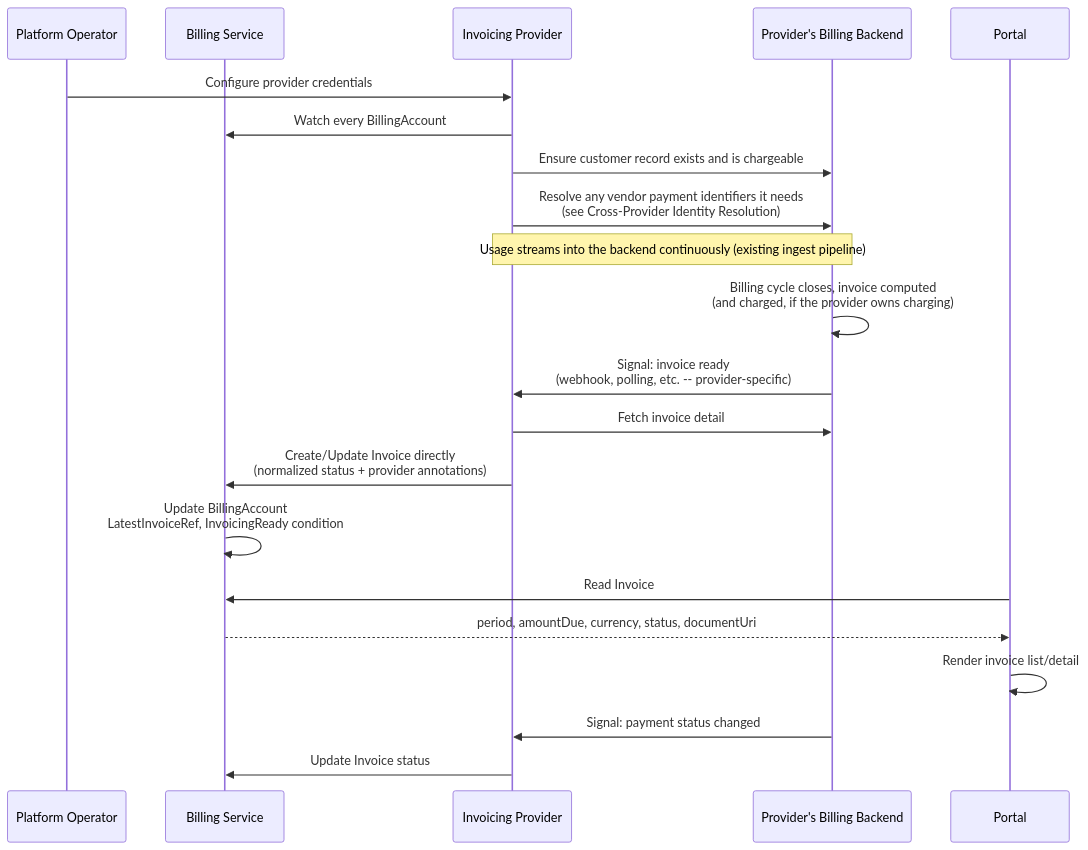
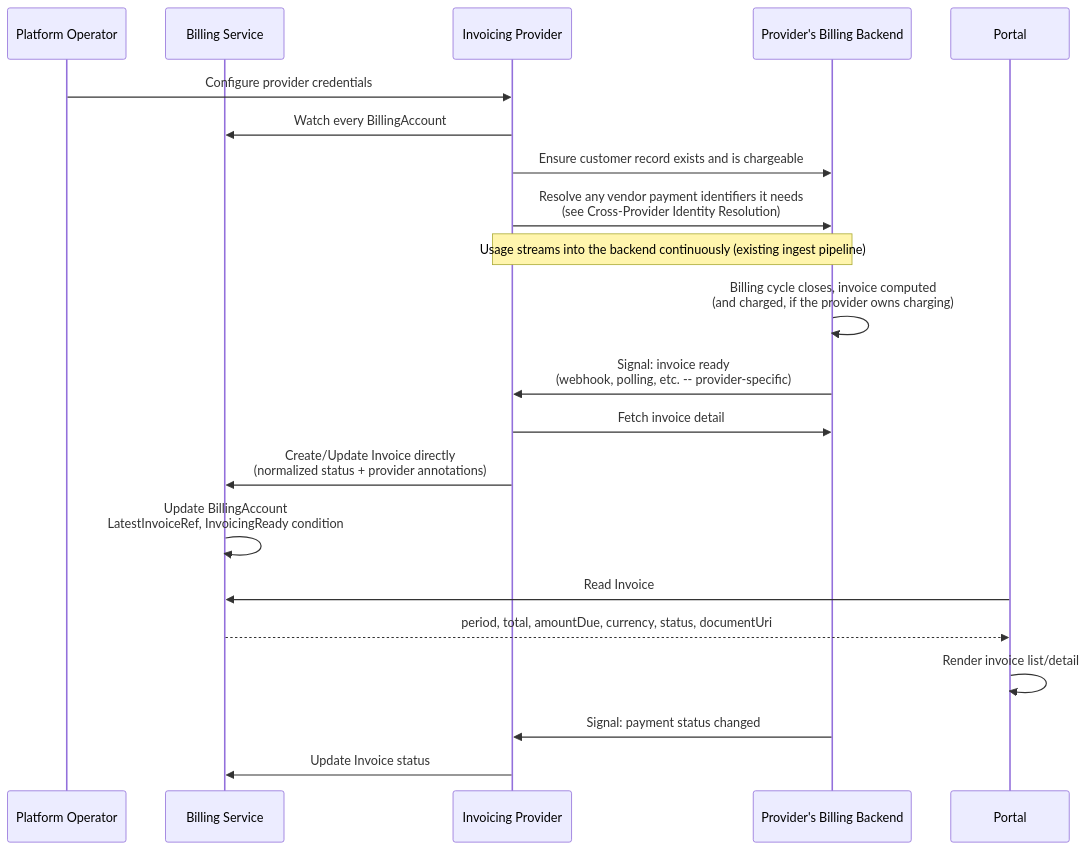
Before and after one commit to milo-os/billing: the diagram in docs/enhancements/invoicing.md, drawn with Mermaid. The commit also changed other lines of this file, not shown here.

Commit message:
docs: split Invoice status into total/amountPaid/amountDue instead of one overloaded amountDue field

````diff
--- a/docs/enhancements/invoicing.md
+++ b/docs/enhancements/invoicing.md
@@ -112,29 +112,29 @@
 ```mermaid
 sequenceDiagram
     participant Ops as Platform Operator
     participant BillingSvc as Billing Service
     participant Provider as Invoicing Provider
     participant Backend as Provider's Billing Backend
     participant Portal
 
     Ops->>Provider: Configure provider credentials
 
     Provider->>BillingSvc: Watch every BillingAccount
     Provider->>Backend: Ensure customer record exists and is chargeable
     Provider->>Backend: Resolve any vendor payment identifiers it needs<br/>(see Cross-Provider Identity Resolution)
 
     Note over Provider,Backend: Usage streams into the backend continuously (existing ingest pipeline)
 
     Backend->>Backend: Billing cycle closes, invoice computed<br/>(and charged, if the provider owns charging)
     Backend->>Provider: Signal: invoice ready<br/>(webhook, polling, etc. -- provider-specific)
     Provider->>Backend: Fetch invoice detail
     Provider->>BillingSvc: Create/Update Invoice directly<br/>(normalized status + provider annotations)
     BillingSvc->>BillingSvc: Update BillingAccount<br/>LatestInvoiceRef, InvoicingReady condition
 
     Portal->>BillingSvc: Read Invoice
-    BillingSvc-->>Portal: period, amountDue, currency, status, documentUri
+    BillingSvc-->>Portal: period, total, amountDue, currency, status, documentUri
     Portal->>Portal: Render invoice list/detail
 
     Backend->>Provider: Signal: payment status changed
     Provider->>BillingSvc: Update Invoice status
 ```
````
